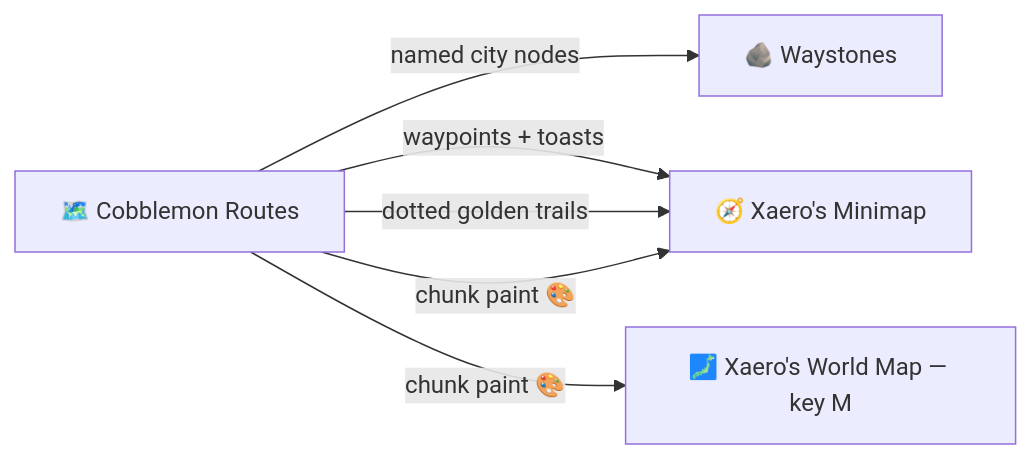
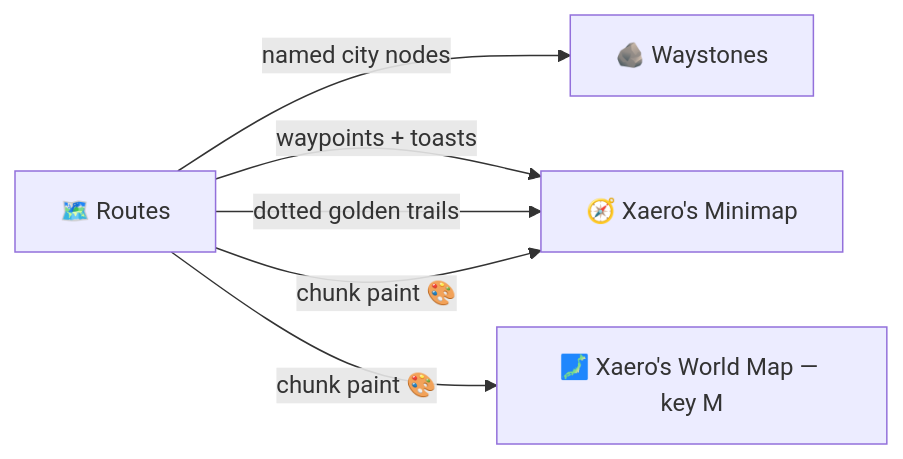
The diagram in docs/routes/map-integration.md (manucruzleiva/mod-wiki), drawn with Mermaid before and after one commit. The commit also changed other lines of this file and 17 other files, not shown here.

First line of the commit message:
docs: the mod is called Routes, not Cobblemon Routes

````diff
--- a/docs/routes/map-integration.md
+++ b/docs/routes/map-integration.md
@@ -6,8 +6,8 @@
 ```mermaid
 flowchart LR
-    CR[🗺️ Cobblemon Routes] -->|named city nodes| WS[🪨 Waystones]
+    CR[🗺️ Routes] -->|named city nodes| WS[🪨 Waystones]
     CR -->|waypoints + toasts| XM[🧭 Xaero's Minimap]
     CR -->|dotted golden trails| XM
     CR -->|chunk paint 🎨| XM
     CR -->|chunk paint 🎨| XW[🗾 Xaero's World Map — key M]
 ```
````
